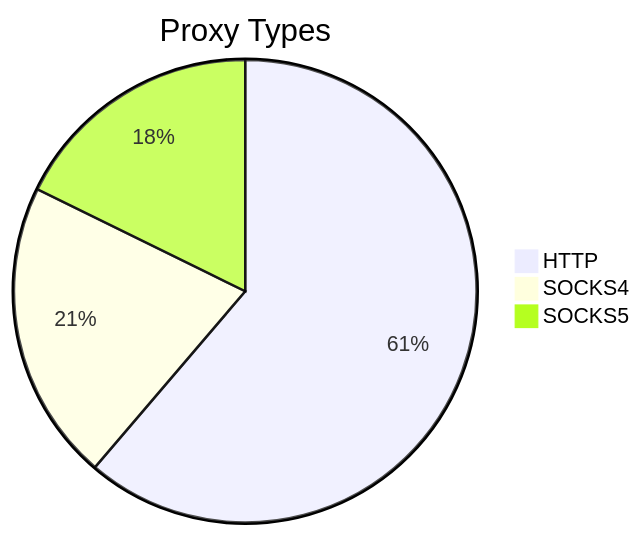
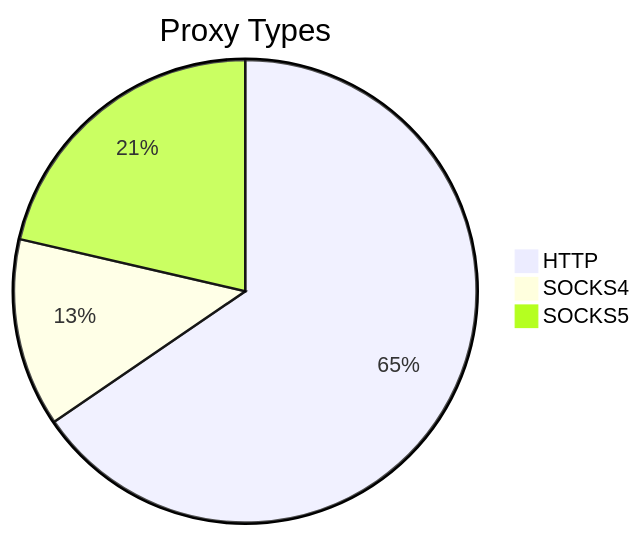
One commit to stormsia/proxy-list changed the first of 2 diagrams in README.md. Above: the diagram before and after it, drawn with Mermaid. The commit also changed other lines of this file, not shown here.

````diff
--- a/README.md
+++ b/README.md
@@ -21,6 +21,6 @@
 ```mermaid
 pie title Proxy Types
-    "HTTP" : 373
-    "SOCKS4" : 128
-    "SOCKS5" : 108
+    "HTTP" : 199
+    "SOCKS4" : 40
+    "SOCKS5" : 65
 ```
````
